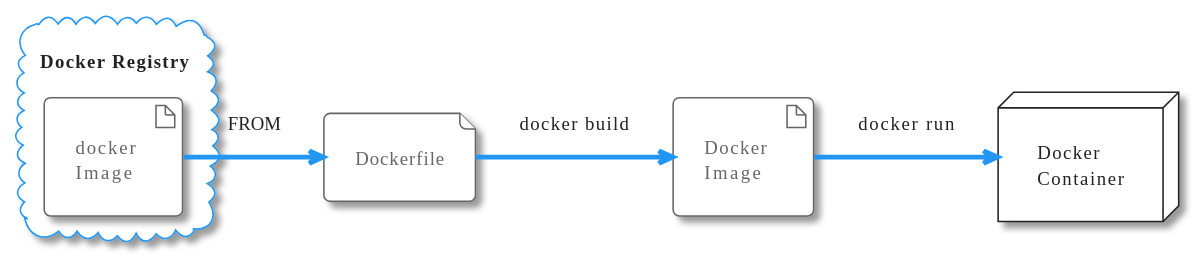
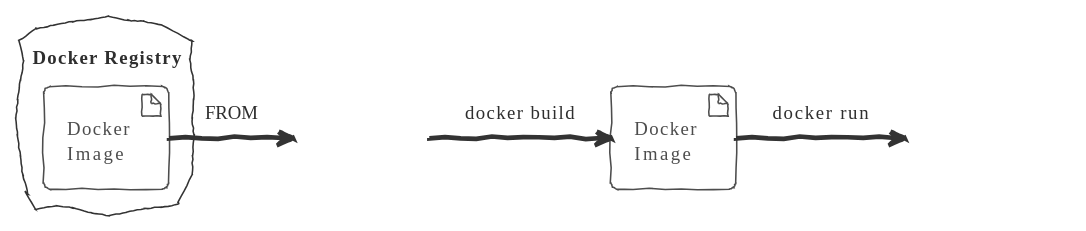
One commit to htl-leonding-college/docker-lecture-notes changed the diagram in asciidocs/dockerfile.adoc. Above: the diagram before and after it, drawn with PlantUML. The commit also changed other lines of this file and 6 other files, not shown here.

```diff
--- a/asciidocs/dockerfile.adoc
+++ b/asciidocs/dockerfile.adoc
@@ -43,16 +188,16 @@
-[plantuml,build-image,png,theme=sketchy-outline]
+[plantuml,build-image,png]
 ----
 @startuml
-!theme materia
+!theme sketchy-outline
 cloud "Docker Registry" {
-artifact "docker\nImage" as img
+artifact "Docker\nImage" as img
 }
 file Dockerfile as dockerfile
 artifact "Docker\nImage" as image
 node "Docker\nContainer" as container
 
 img -> dockerfile: FROM
 dockerfile -> image: docker build
 image -> container: docker run
 @enduml
 ----
```
